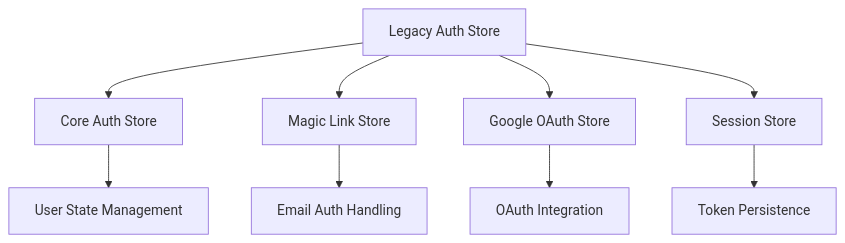
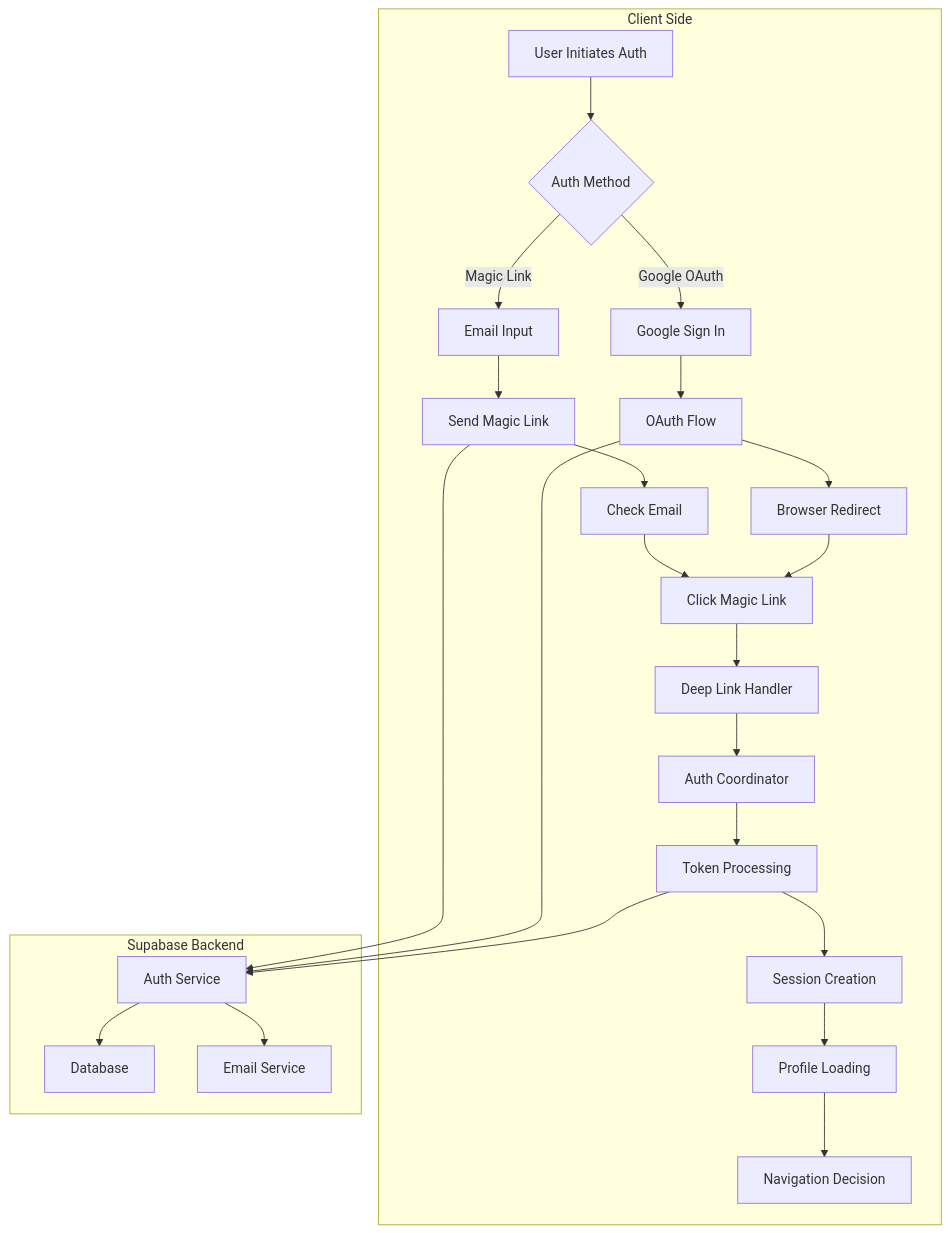
The first of 4 diagrams in docs/auth-flow.md (arthlor/Yeser), drawn with Mermaid before and after one commit. The commit also changed other lines of this file and 21 other files, not shown here.

````diff
--- a/docs/auth-flow.md
+++ b/docs/auth-flow.md
@@ -13,12 +17,36 @@
 ```mermaid
-graph TD
-    A[Legacy Auth Store] --> B[Core Auth Store]
-    A --> C[Magic Link Store]
-    A --> D[Google OAuth Store]
-    A --> E[Session Store]
+graph TB
+    subgraph "Client Side"
+        A[User Initiates Auth] --> B{Auth Method}
+        B -->|Magic Link| C[Email Input]
+        B -->|Google OAuth| D[Google Sign In]
 
-    B --> F[User State Management]
-    C --> G[Email Auth Handling]
-    D --> H[OAuth Integration]
-    E --> I[Token Persistence]
+        C --> E[Send Magic Link]
+        D --> F[OAuth Flow]
+
+        E --> G[Check Email]
+        F --> H[Browser Redirect]
+
+        G --> I[Click Magic Link]
+        H --> I
+
+        I --> J[Deep Link Handler]
+        J --> K[Auth Coordinator]
+        K --> L[Token Processing]
+        L --> M[Session Creation]
+        M --> N[Profile Loading]
+        N --> O[Navigation Decision]
+    end
+
+    subgraph "Supabase Backend"
+        P[Auth Service]
+        Q[Database]
+        R[Email Service]
+    end
+
+    E --> P
+    F --> P
+    P --> R
+    P --> Q
+    L --> P
 ```
````
